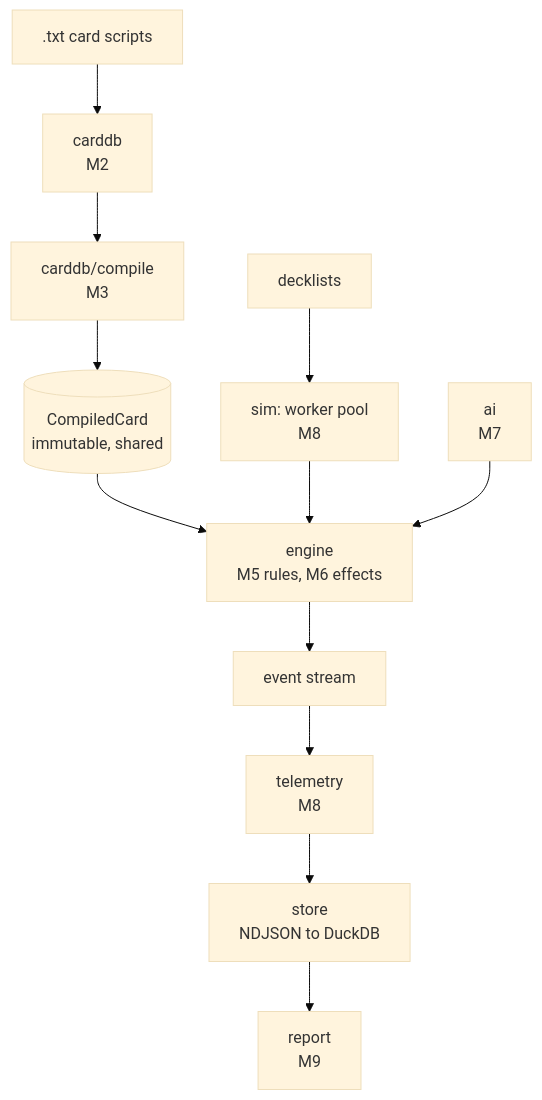
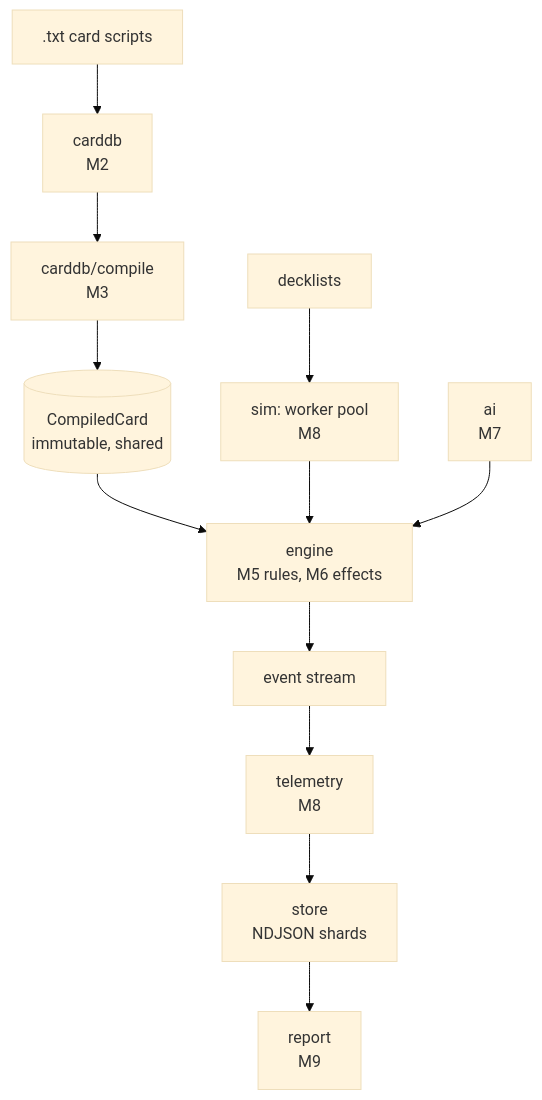
The diagram in docs/crucible/architecture/system-overview.md (Card-Forge/forge), drawn with Mermaid (base theme) before and after one commit. The commit also changed other lines of this file and 7 other files, not shown here.

````diff
--- a/docs/crucible/architecture/system-overview.md
+++ b/docs/crucible/architecture/system-overview.md
@@ -80,14 +80,14 @@
 ```mermaid
 flowchart TB
   scripts[".txt card scripts"] --> carddb["carddb<br/>M2"]
   carddb --> compile["carddb/compile<br/>M3"]
   compile --> defs[("CompiledCard<br/>immutable, shared")]
   decks["decklists"] --> sim["sim: worker pool<br/>M8"]
   defs --> engine["engine<br/>M5 rules, M6 effects"]
   sim --> engine
   ai["ai<br/>M7"] --> engine
   engine --> events["event stream"]
   events --> tel["telemetry<br/>M8"]
-  tel --> store["store<br/>NDJSON to DuckDB"]
+  tel --> store["store<br/>NDJSON shards"]
   store --> report["report<br/>M9"]
 ```
````
